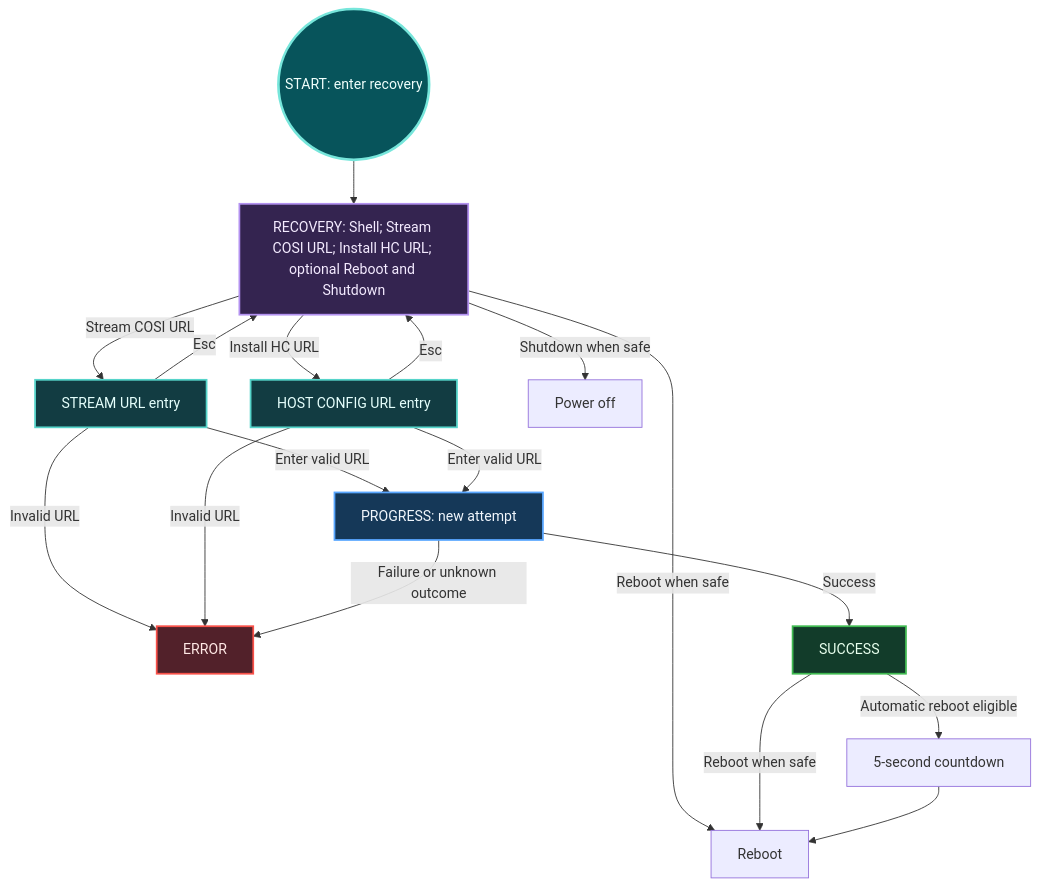
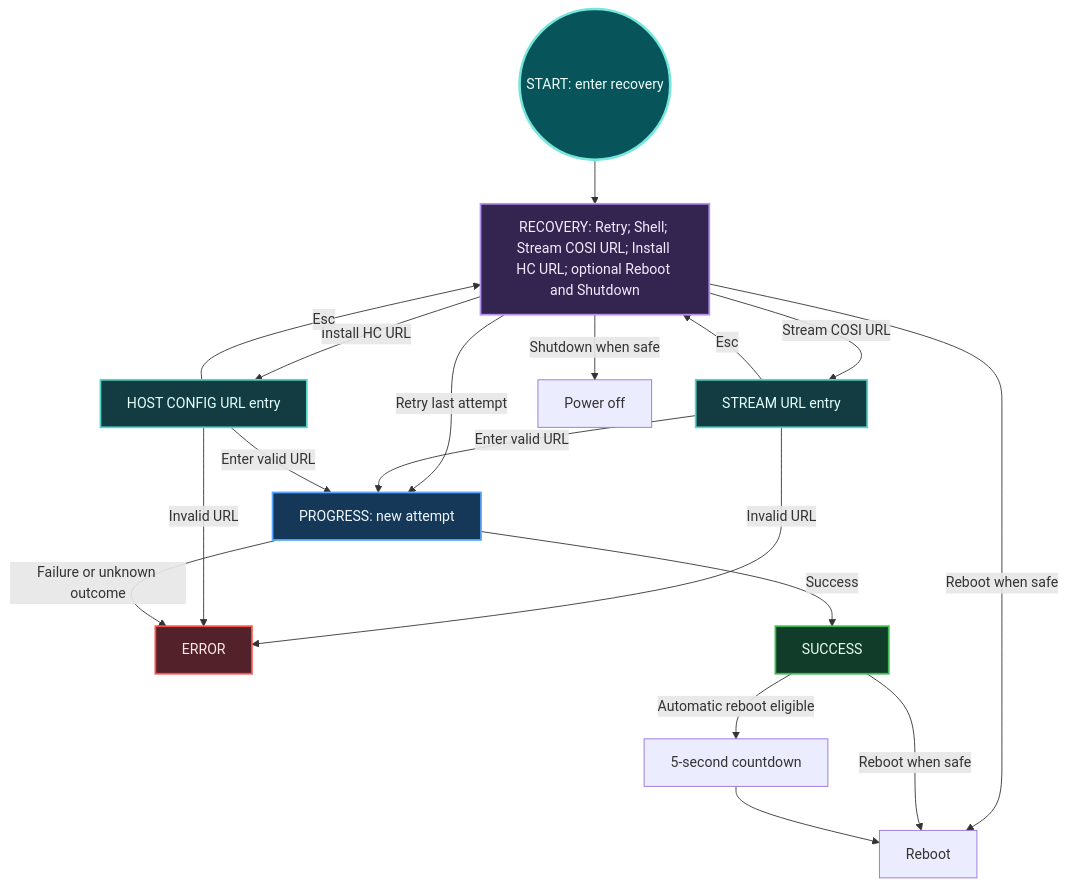
Before and after one commit to microsoft/trident: the third of 3 diagrams in docs/Reference/Installer.md, drawn with Mermaid. The commit also changed other lines of this file and 4 other files, not shown here.

First line of the commit message:
feature: Retry the last installer operation from recovery

````diff
--- a/docs/Reference/Installer.md
+++ b/docs/Reference/Installer.md
@@ -109,31 +109,32 @@
 ```mermaid
 flowchart TD
-  START(("START: enter recovery")) --> R["RECOVERY: Shell; Stream COSI URL; Install HC URL; optional Reboot and Shutdown"]
+  START(("START: enter recovery")) --> R["RECOVERY: Retry; Shell; Stream COSI URL; Install HC URL; optional Reboot and Shutdown"]
+  R -->|Retry last attempt| P["PROGRESS: new attempt"]
   R -->|Stream COSI URL| U1["STREAM URL entry"]
   R -->|Install HC URL| U2["HOST CONFIG URL entry"]
   U1 -->|Esc| R
   U2 -->|Esc| R
   U1 -->|Invalid URL| E["ERROR"]
   U2 -->|Invalid URL| E
-  U1 -->|Enter valid URL| P["PROGRESS: new attempt"]
+  U1 -->|Enter valid URL| P
   U2 -->|Enter valid URL| P
   P -->|Success| S["SUCCESS"]
   P -->|Failure or unknown outcome| E
   R -->|Shutdown when safe| OFF["Power off"]
   R -->|Reboot when safe| REBOOT["Reboot"]
   S -->|Reboot when safe| REBOOT
   S -->|Automatic reboot eligible| TIMER["5-second countdown"]
   TIMER --> REBOOT
   classDef startPoint fill:#07545b,stroke:#77e6db,color:#f0fffc,stroke-width:3px
   classDef progress fill:#153858,stroke:#58a6ff,color:#f0f6fc,stroke-width:2px
   classDef success fill:#123c2a,stroke:#3fb950,color:#e7ffed,stroke-width:2px
   classDef error fill:#52212a,stroke:#f85149,color:#ffe8e5,stroke-width:2px
   classDef recovery fill:#342450,stroke:#b392f0,color:#f4ebff,stroke-width:2px
   classDef urlEntry fill:#123c42,stroke:#56d4ca,color:#e5fffc,stroke-width:2px
   class START startPoint
   class R recovery
   class U1,U2 urlEntry
   class P progress
   class E error
   class S success
 ```
````
